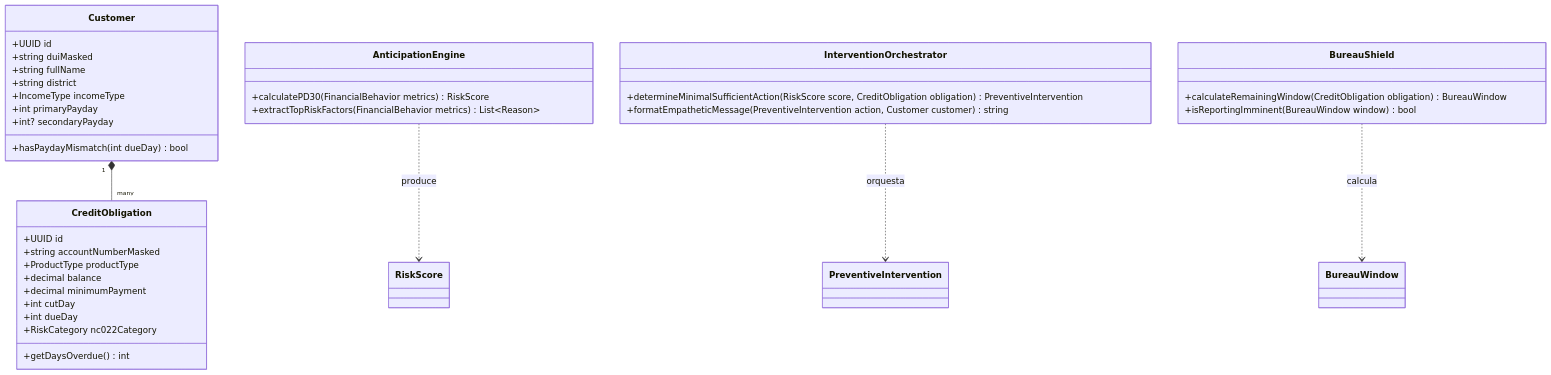
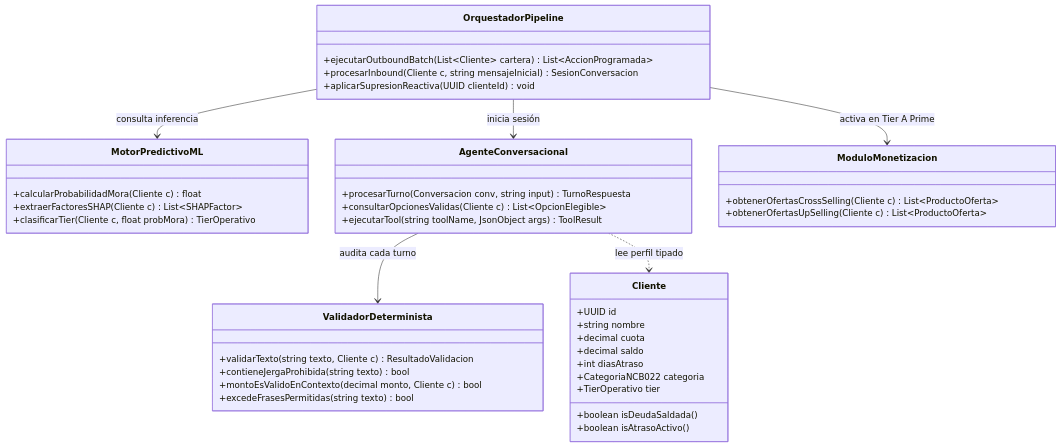
The second of 4 diagrams in UML.md (romerokasl/agricola-entropyhack), drawn with Mermaid before and after one commit. The commit also changed other lines of this file and 11 other files, not shown here.

Commit message:
docs: unificar contexto, arquitectura de pipeline Anticipa Bancoagricola y diferenciadores

````diff
--- a/UML.md
+++ b/UML.md
@@ -129,45 +85,50 @@
 ```mermaid
 classDiagram
-    class Customer {
+    class Cliente {
         +UUID id
-        +string duiMasked
-        +string fullName
-        +string district
-        +IncomeType incomeType
-        +int primaryPayday
-        +int? secondaryPayday
-        +hasPaydayMismatch(int dueDay) bool
+        +string nombre
+        +decimal cuota
+        +decimal saldo
+        +int diasAtraso
+        +CategoriaNCB022 categoria
+        +TierOperativo tier
+        +boolean isDeudaSaldada()
+        +boolean isAtrasoActivo()
     }
 
-    class CreditObligation {
-        +UUID id
-        +string accountNumberMasked
-        +ProductType productType
-        +decimal balance
-        +decimal minimumPayment
-        +int cutDay
-        +int dueDay
-        +RiskCategory nc022Category
-        +getDaysOverdue() int
+    class MotorPredictivoML {
+        +calcularProbabilidadMora(Cliente c) float
+        +extraerFactoresSHAP(Cliente c) List~SHAPFactor~
+        +clasificarTier(Cliente c, float probMora) TierOperativo
     }
 
-    class AnticipationEngine {
-        +calculatePD30(FinancialBehavior metrics) RiskScore
-        +extractTopRiskFactors(FinancialBehavior metrics) List~Reason~
+    class OrquestadorPipeline {
+        +ejecutarOutboundBatch(List~Cliente~ cartera) List~AccionProgramada~
+        +procesarInbound(Cliente c, string mensajeInicial) SesionConversacion
+        +aplicarSupresionReactiva(UUID clienteId) void
     }
 
-    class InterventionOrchestrator {
-        +determineMinimalSufficientAction(RiskScore score, CreditObligation obligation) PreventiveIntervention
-        +formatEmpatheticMessage(PreventiveIntervention action, Customer customer) string
+    class AgenteConversacional {
+        +procesarTurno(Conversacion conv, string input) TurnoRespuesta
+        +consultarOpcionesValidas(Cliente c) List~OpcionElegible~
+        +ejecutarTool(string toolName, JsonObject args) ToolResult
     }
 
-    class BureauShield {
-        +calculateRemainingWindow(CreditObligation obligation) BureauWindow
-        +isReportingImminent(BureauWindow window) bool
+    class ValidadorDeterminista {
+        +validarTexto(string texto, Cliente c) ResultadoValidacion
+        +contieneJergaProhibida(string texto) bool
+        +montoEsValidoEnContexto(decimal monto, Cliente c) bool
+        +excedeFrasesPermitidas(string texto) bool
     }
 
-    Customer "1" *-- "many" CreditObligation
-    AnticipationEngine ..> RiskScore : produce
-    InterventionOrchestrator ..> PreventiveIntervention : orquesta
-    BureauShield ..> BureauWindow : calcula
+    class ModuloMonetizacion {
+        +obtenerOfertasCrossSelling(Cliente c) List~ProductoOferta~
+        +obtenerOfertasUpSelling(Cliente c) List~ProductoOferta~
+    }
+
+    OrquestadorPipeline --> MotorPredictivoML : consulta inferencia
+    OrquestadorPipeline --> ModuloMonetizacion : activa en Tier A Prime
+    OrquestadorPipeline --> AgenteConversacional : inicia sesión
+    AgenteConversacional --> ValidadorDeterminista : audita cada turno
+    AgenteConversacional ..> Cliente : lee perfil tipado
 ```
````
